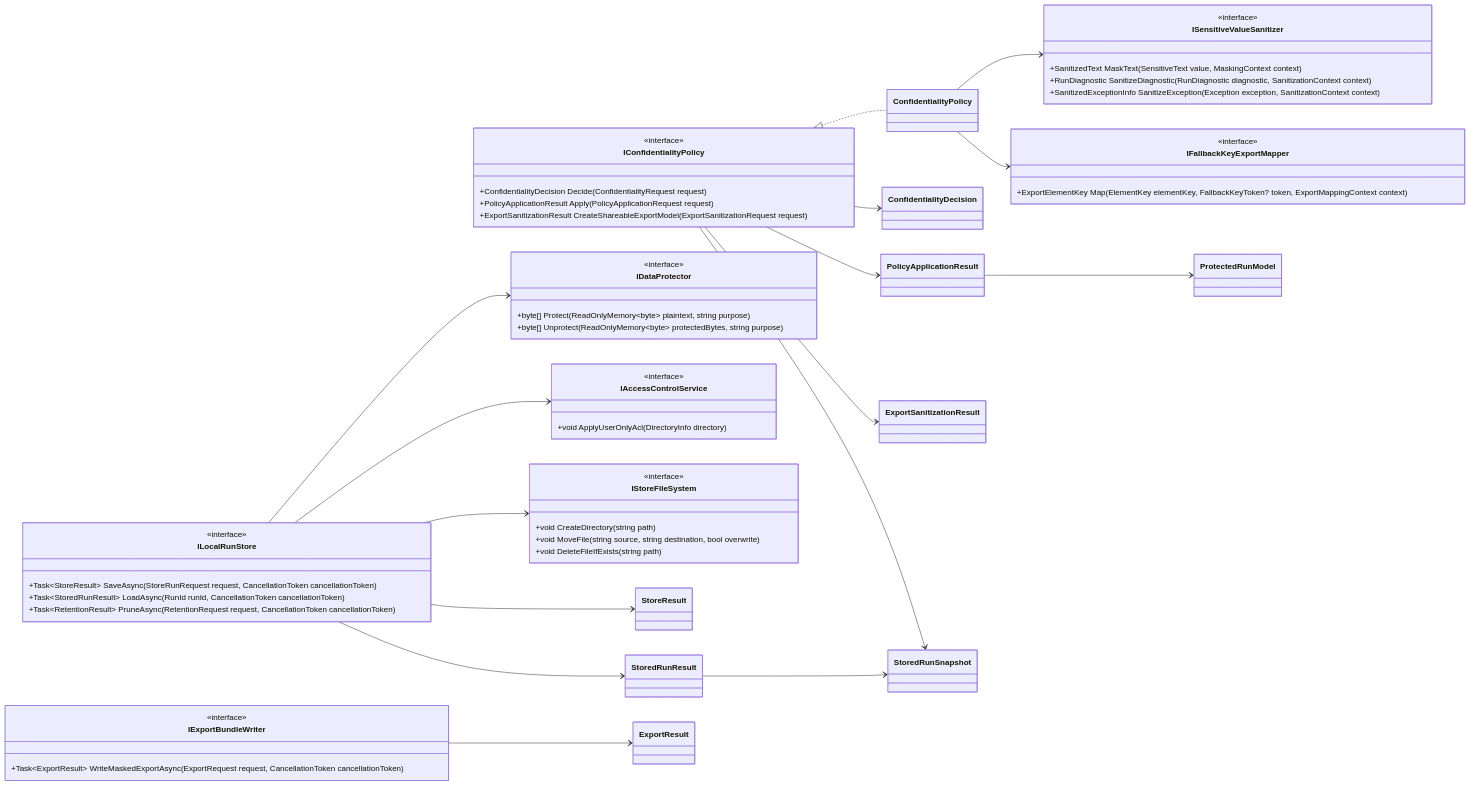
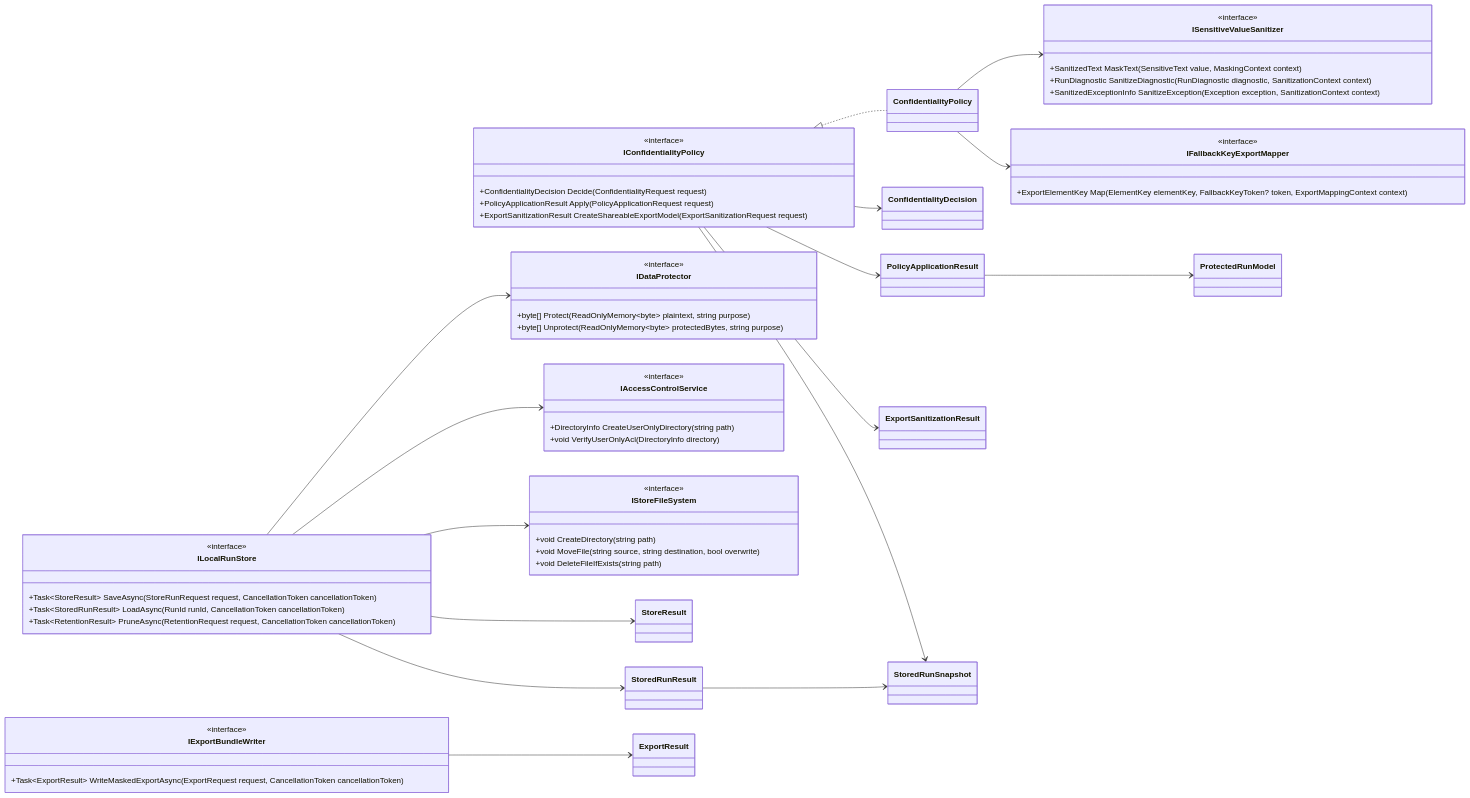
One commit to urario/Surveyor changed the first of 2 diagrams in knowledge/design/des-0013-confidentiality-storage-and-export.md. Above: the diagram before and after it, drawn with Mermaid. The commit also changed other lines of this file and 1 other file, not shown here.

First line of the commit message:
docs: harden DES-0013 temp directory ACL contract

````diff
--- a/knowledge/design/des-0013-confidentiality-storage-and-export.md
+++ b/knowledge/design/des-0013-confidentiality-storage-and-export.md
@@ -95,78 +95,79 @@
 ```mermaid
 classDiagram
   direction LR
 
   class IConfidentialityPolicy {
     <<interface>>
     +ConfidentialityDecision Decide(ConfidentialityRequest request)
     +PolicyApplicationResult Apply(PolicyApplicationRequest request)
     +ExportSanitizationResult CreateShareableExportModel(ExportSanitizationRequest request)
   }
 
   class ISensitiveValueSanitizer {
     <<interface>>
     +SanitizedText MaskText(SensitiveText value, MaskingContext context)
     +RunDiagnostic SanitizeDiagnostic(RunDiagnostic diagnostic, SanitizationContext context)
     +SanitizedExceptionInfo SanitizeException(Exception exception, SanitizationContext context)
   }
 
   class IFallbackKeyExportMapper {
     <<interface>>
     +ExportElementKey Map(ElementKey elementKey, FallbackKeyToken? token, ExportMappingContext context)
   }
 
   class ILocalRunStore {
     <<interface>>
     +Task~StoreResult~ SaveAsync(StoreRunRequest request, CancellationToken cancellationToken)
     +Task~StoredRunResult~ LoadAsync(RunId runId, CancellationToken cancellationToken)
     +Task~RetentionResult~ PruneAsync(RetentionRequest request, CancellationToken cancellationToken)
   }
 
   class IExportBundleWriter {
     <<interface>>
     +Task~ExportResult~ WriteMaskedExportAsync(ExportRequest request, CancellationToken cancellationToken)
   }
 
   class IDataProtector {
     <<interface>>
     +byte[] Protect(ReadOnlyMemory~byte~ plaintext, string purpose)
     +byte[] Unprotect(ReadOnlyMemory~byte~ protectedBytes, string purpose)
   }
 
   class IAccessControlService {
     <<interface>>
-    +void ApplyUserOnlyAcl(DirectoryInfo directory)
+    +DirectoryInfo CreateUserOnlyDirectory(string path)
+    +void VerifyUserOnlyAcl(DirectoryInfo directory)
   }
 
   class IStoreFileSystem {
     <<interface>>
     +void CreateDirectory(string path)
     +void MoveFile(string source, string destination, bool overwrite)
     +void DeleteFileIfExists(string path)
   }
 
   class ConfidentialityDecision
   class PolicyApplicationResult
   class ExportSanitizationResult
   class ProtectedRunModel
   class StoredRunResult
   class StoredRunSnapshot
   class StoreResult
   class ExportResult
 
   IConfidentialityPolicy <|.. ConfidentialityPolicy
   ConfidentialityPolicy --> ISensitiveValueSanitizer
   ConfidentialityPolicy --> IFallbackKeyExportMapper
   IConfidentialityPolicy --> ConfidentialityDecision
   IConfidentialityPolicy --> PolicyApplicationResult
   IConfidentialityPolicy --> ExportSanitizationResult
   PolicyApplicationResult --> ProtectedRunModel
   IConfidentialityPolicy --> StoredRunSnapshot
   ILocalRunStore --> IDataProtector
   ILocalRunStore --> IAccessControlService
   ILocalRunStore --> IStoreFileSystem
   ILocalRunStore --> StoreResult
   ILocalRunStore --> StoredRunResult
   StoredRunResult --> StoredRunSnapshot
   IExportBundleWriter --> ExportResult
 ```
````
